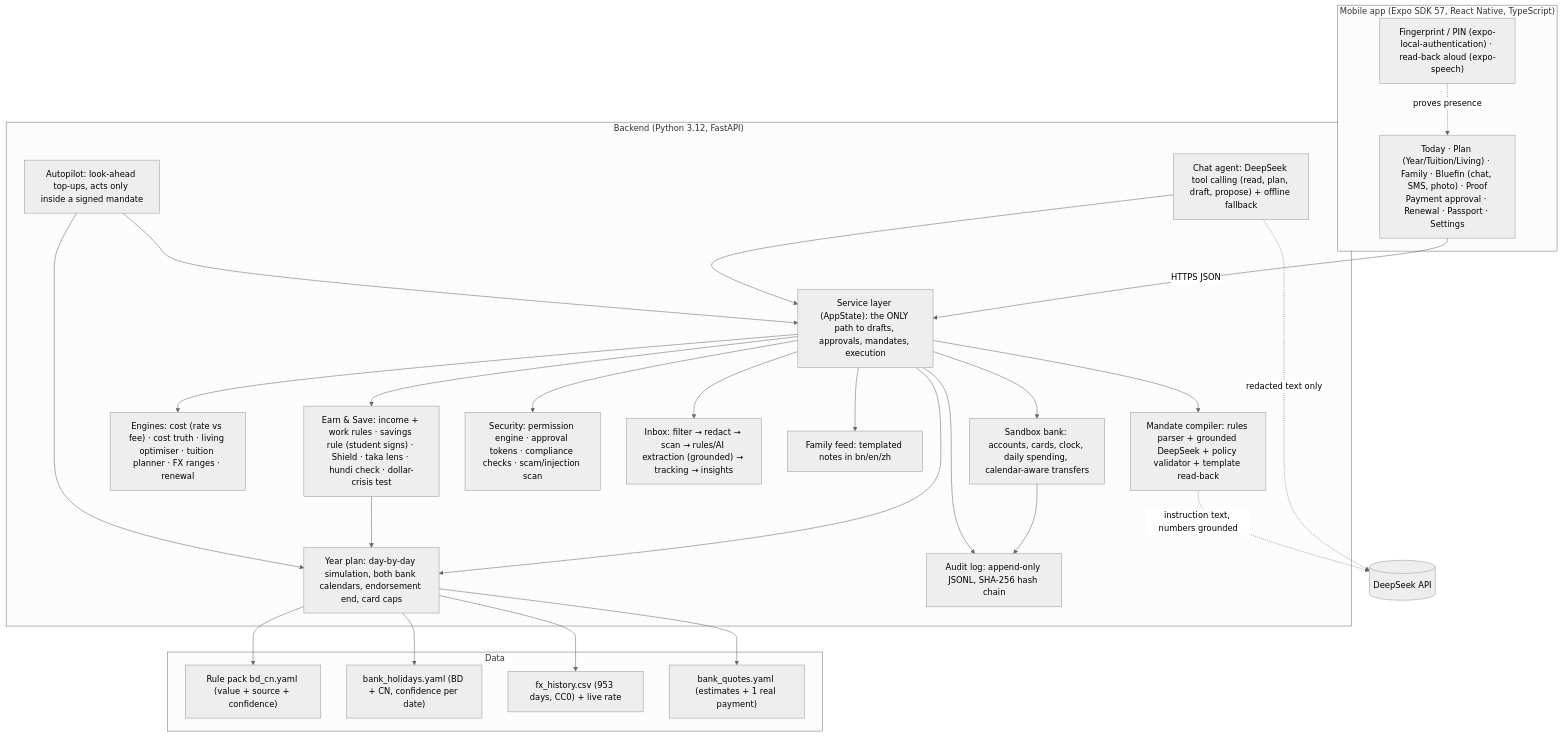
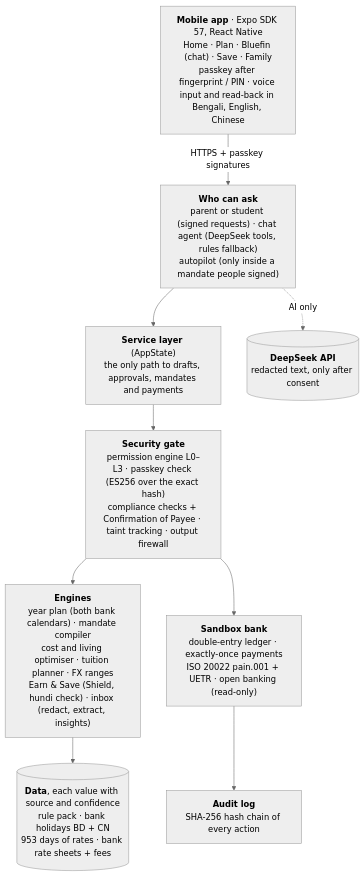
The first of 4 diagrams in docs/TECHNICAL_DOCUMENTATION.md (Tasrif-Ahmed-Mohsin/finbuddy), drawn with Mermaid (neutral theme) before and after one commit. The commit also changed other lines of this file and 11 other files, not shown here.

````diff
--- a/docs/TECHNICAL_DOCUMENTATION.md
+++ b/docs/TECHNICAL_DOCUMENTATION.md
@@ -57,39 +60,19 @@
 ```mermaid
 flowchart TB
-  subgraph Phone["Mobile app (Expo SDK 57, React Native, TypeScript)"]
-    UI["Today · Plan (Year/Tuition/Living) · Family · Bluefin (chat, SMS, photo) · Proof<br/>Payment approval · Renewal · Passport · Settings"]
-    BIO["Fingerprint / PIN (expo-local-authentication) · read-back aloud (expo-speech)"]
-  end
-  subgraph API["Backend (Python 3.12, FastAPI)"]
-    SVC["Service layer (AppState): the ONLY path to drafts, approvals, mandates, execution"]
-    AP["Autopilot: look-ahead top-ups, acts only inside a signed mandate"]
-    MC["Mandate compiler: rules parser + grounded DeepSeek + policy validator + template read-back"]
-    YP["Year plan: day-by-day simulation, both bank calendars, endorsement end, card caps"]
-    AG["Chat agent: DeepSeek tool calling (read, plan, draft, propose) + offline fallback"]
-    ENG["Engines: cost (rate vs fee) · cost truth · living optimiser · tuition planner · FX ranges · renewal"]
-    EAS["Earn & Save: income + work rules · savings rule (student signs) · Shield · taka lens · hundi check · dollar-crisis test"]
-    SEC["Security: permission engine · approval tokens · compliance checks · scam/injection scan"]
-    INB["Inbox: filter → redact → scan → rules/AI extraction (grounded) → tracking → insights"]
-    FEED["Family feed: templated notes in bn/en/zh"]
-    BANK["Sandbox bank: accounts, cards, clock, daily spending, calendar-aware transfers"]
-    AUD["Audit log: append-only JSONL, SHA-256 hash chain"]
-  end
-  subgraph Data["Data"]
-    RULES["Rule pack bd_cn.yaml (value + source + confidence)"]
-    CAL["bank_holidays.yaml (BD + CN, confidence per date)"]
-    FX["fx_history.csv (953 days, CC0) + live rate"]
-    Q["bank_quotes.yaml (estimates + 1 real payment)"]
-  end
-  UI -- HTTPS JSON --> SVC
-  BIO -. proves presence .-> UI
-  AG --> SVC
-  AP --> SVC
-  SVC --> MC & YP & ENG & SEC & INB & FEED & BANK & EAS
-  EAS --> YP
-  AP --> YP
+  APP["<b>Mobile app</b> · Expo SDK 57, React Native<br/>Home · Plan · Bluefin (chat) · Save · Family<br/>passkey after fingerprint / PIN · voice input and read-back in Bengali, English, Chinese"]
+  WHO["<b>Who can ask</b><br/>parent or student (signed requests) · chat agent (DeepSeek tools, rules fallback)<br/>autopilot (only inside a mandate people signed)"]
+  SVC["<b>Service layer</b> (AppState)<br/>the only path to drafts, approvals, mandates and payments"]
+  GATE["<b>Security gate</b><br/>permission engine L0–L3 · passkey check (ES256 over the exact hash)<br/>compliance checks + Confirmation of Payee · taint tracking · output firewall"]
+  ENG["<b>Engines</b><br/>year plan (both bank calendars) · mandate compiler<br/>cost and living optimiser · tuition planner · FX ranges<br/>Earn & Save (Shield, hundi check) · inbox (redact, extract, insights)"]
+  BANK["<b>Sandbox bank</b><br/>double-entry ledger · exactly-once payments<br/>ISO 20022 pain.001 + UETR · open banking (read-only)"]
+  AUD["<b>Audit log</b><br/>SHA-256 hash chain of every action"]
+  DATA[("<b>Data</b>, each value with source and confidence<br/>rule pack · bank holidays BD + CN<br/>953 days of rates · bank rate sheets + fees")]
+  DS[("<b>DeepSeek API</b><br/>redacted text, only after consent")]
+  APP -- "HTTPS + passkey signatures" --> WHO
+  WHO --> SVC --> GATE
+  GATE --> ENG
+  GATE --> BANK
+  ENG --> DATA
   BANK --> AUD
-  SVC --> AUD
-  YP --> RULES & CAL & FX & Q
-  AG -. redacted text only .-> DS[(DeepSeek API)]
-  MC -. instruction text, numbers grounded .-> DS
+  WHO -. "AI only" .-> DS
 ```
````
